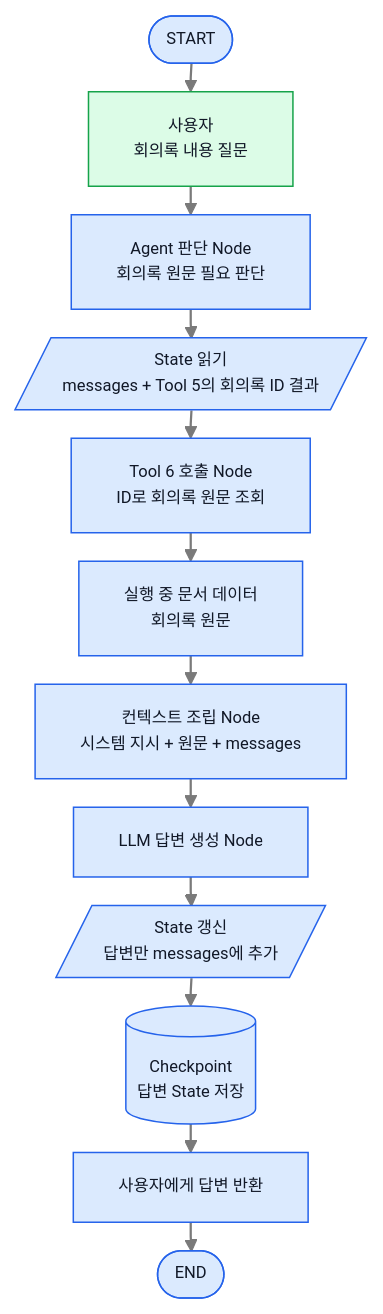
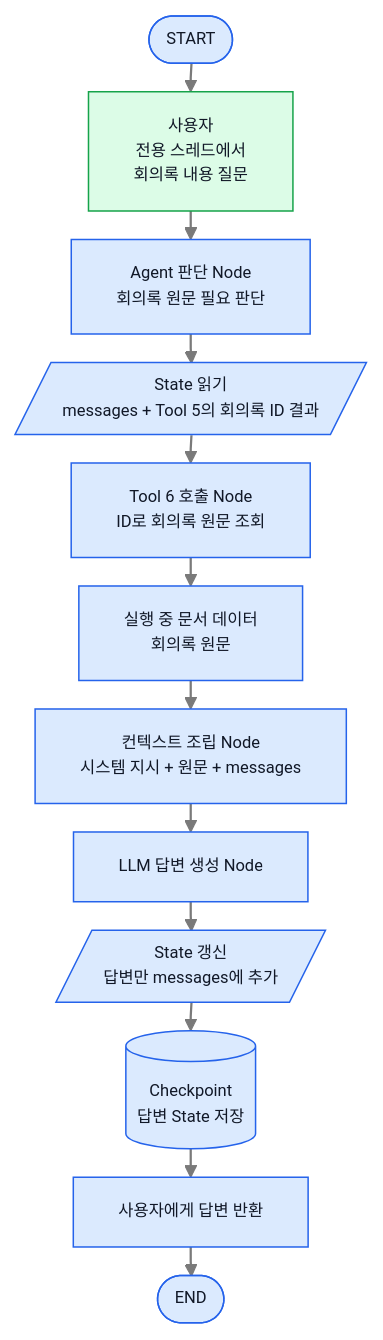
Before and after one commit to ericyum/Obsidian: the sixth of 7 diagrams in ZENAI/에이전트 설계/회의록 에이전트 설계/1. 회의록 에이전트 워크플로우.md, drawn with Mermaid. The commit also changed other lines of this file and 2 other files, not shown here.

````diff
--- a/ZENAI/에이전트 설계/회의록 에이전트 설계/1. 회의록 에이전트 워크플로우.md
+++ b/ZENAI/에이전트 설계/회의록 에이전트 설계/1. 회의록 에이전트 워크플로우.md
@@ -307,21 +282,21 @@
 ```mermaid
 %%{init: {"flowchart": {"useMaxWidth": true, "nodeSpacing": 15, "rankSpacing": 19, "curve": "linear"}, "themeVariables": {"fontSize": "11px"}}}%%
 flowchart TB
-    S(["START"]) --> U["사용자<br/>회의록 내용 질문"]
+    S(["START"]) --> U["사용자<br/>전용 스레드에서<br/>회의록 내용 질문"]
     U --> A["Agent 판단 Node<br/>회의록 원문 필요 판단"]
     A --> ST[/"State 읽기<br/>messages + Tool 5의 회의록 ID 결과"/]
     ST --> T6["Tool 6 호출 Node<br/>ID로 회의록 원문 조회"]
     T6 --> DOC["실행 중 문서 데이터<br/>회의록 원문"]
     DOC --> CTX["컨텍스트 조립 Node<br/>시스템 지시 + 원문 + messages"]
     CTX --> L["LLM 답변 생성 Node"]
     L --> SU[/"State 갱신<br/>답변만 messages에 추가"/]
     SU --> CP[("Checkpoint<br/>답변 State 저장")]
     CP --> R["사용자에게 답변 반환"]
     R --> E(["END"])
 
     classDef user fill:#dcfce7,stroke:#16a34a,color:#111827;
     classDef internal fill:#dbeafe,stroke:#2563eb,color:#111827;
     class U user;
     class S,A,ST,T6,DOC,CTX,L,SU,CP,R,E internal;
     linkStyle default stroke:#7a7a7a,stroke-width:1.5px;
 ```
````
